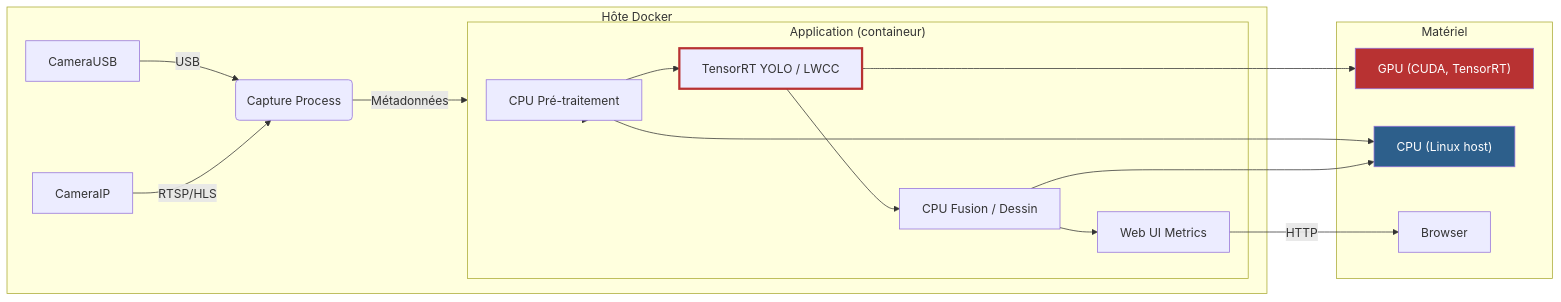
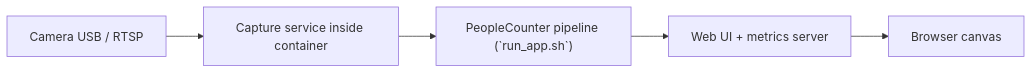
The first of 2 diagrams in README_DOCKER.md (Nutz95/PeopleCounter), drawn with Mermaid before and after one commit. The commit also changed other lines of this file and 8 other files, not shown here.

First line of the commit message:
feat/docs: Revise architecture and Docker documentation; add parameter guide

````diff
--- a/README_DOCKER.md
+++ b/README_DOCKER.md
@@ -22,28 +29,13 @@
 ```mermaid
 flowchart LR
-   subgraph Host[Hôte Docker]
-      CameraUSB -->|USB| CaptureService(Capture Process)
-      CameraIP -->|RTSP/HLS| CaptureService
-      CaptureService -->|Métadonnées| Pipeline
-   end
+    CameraUSB["Camera USB / RTSP"]
+    CaptureService["Capture service inside container"]
+    Pipeline["PeopleCounter pipeline (`run_app.sh`)"]
+    Metrics["Web UI + metrics server"]
+    Browser["Browser canvas"]
 
-   subgraph Pipeline["Application (containeur)"]
-      Pipeline --> CPUQueue["CPU Pré-traitement"]
-      CPUQueue --> GPUInfer["TensorRT YOLO / LWCC"]
-      GPUInfer --> CPUDraw["CPU Fusion / Dessin"]
-      CPUDraw --> WebUI["Web UI Metrics"]
-   end
-
-   subgraph Devices[Matériel]
-      GPU["GPU (CUDA, TensorRT)"]
-      CPU["CPU (Linux host)"]
-      GPUInfer --> GPU
-      CPUQueue --> CPU
-      CPUDraw --> CPU
-      WebUI -->|HTTP| Browser
-   end
-
-   style GPUInfer stroke:#b83232,stroke-width:3px
-   style GPU fill:#b83232,color:#fff
-   style CPU fill:#2d5f8b,color:#fff
+    CameraUSB --> CaptureService
+    CaptureService --> Pipeline
+    Pipeline --> Metrics
+    Metrics --> Browser
 ```
````
